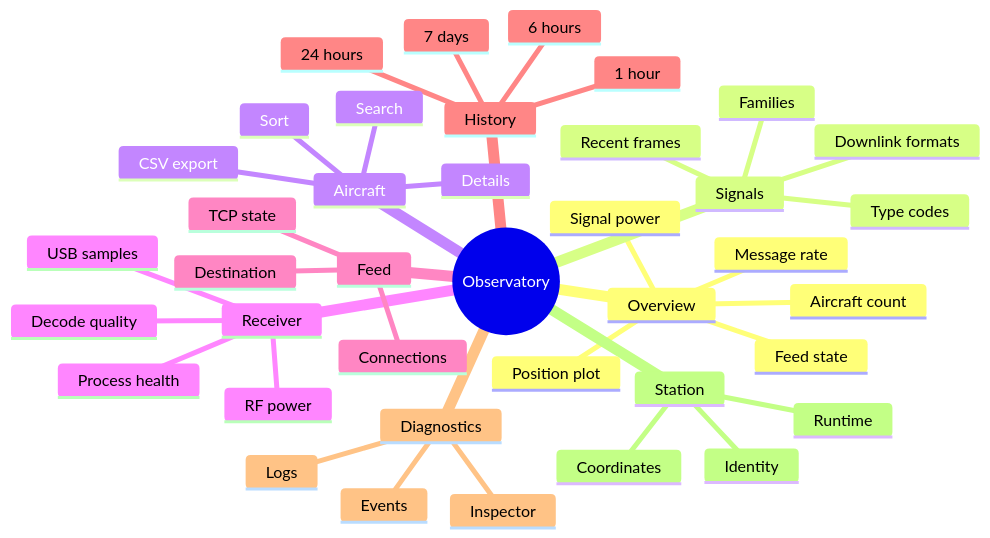
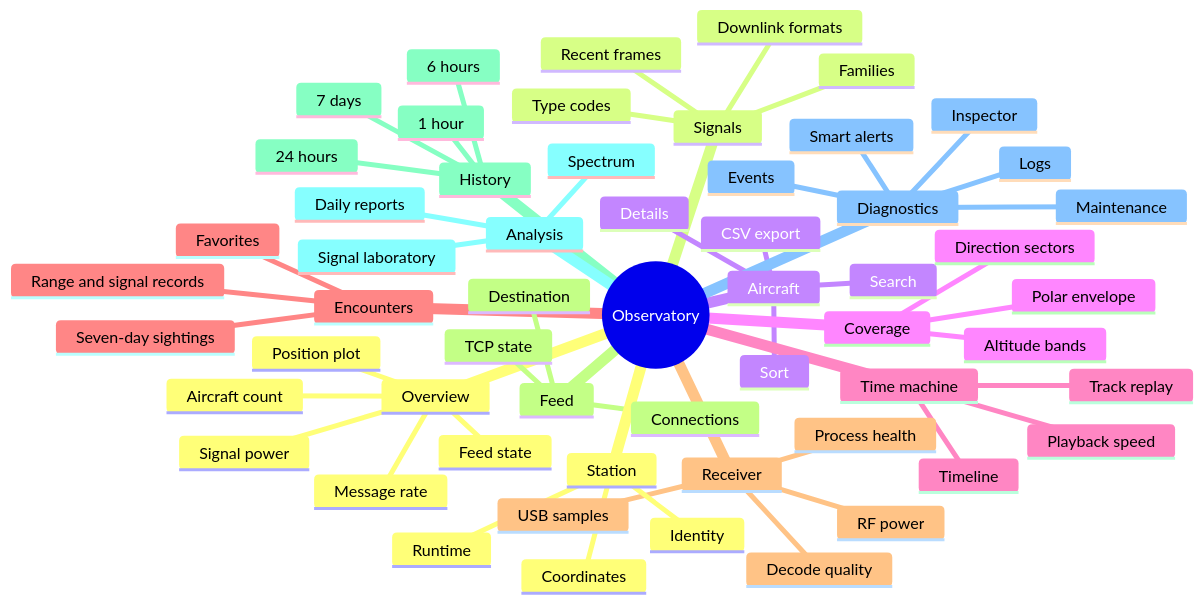
Before and after one commit to ramideltoro/antenna_observatory: the diagram in wiki-site/docs/dashboard.md, drawn with Mermaid. The commit also changed other lines of this file and 29 other files, not shown here.

````diff
--- a/wiki-site/docs/dashboard.md
+++ b/wiki-site/docs/dashboard.md
@@ -7,42 +7,60 @@
 ```mermaid
 mindmap
   root((Observatory))
     Overview
       Aircraft count
       Message rate
       Signal power
       Feed state
       Position plot
     Signals
       Families
       Downlink formats
       Type codes
       Recent frames
     Aircraft
       Search
       Sort
       Details
       CSV export
+    Coverage
+      Polar envelope
+      Altitude bands
+      Direction sectors
+    Time machine
+      Track replay
+      Timeline
+      Playback speed
+    Encounters
+      Seven-day sightings
+      Favorites
+      Range and signal records
     Receiver
       RF power
       Decode quality
       USB samples
       Process health
     Feed
       TCP state
       Destination
       Connections
     History
       1 hour
       6 hours
       24 hours
       7 days
+    Analysis
+      Daily reports
+      Signal laboratory
+      Spectrum
     Diagnostics
+      Smart alerts
       Events
       Logs
       Inspector
+      Maintenance
     Station
       Identity
       Coordinates
       Runtime
 ```
````
